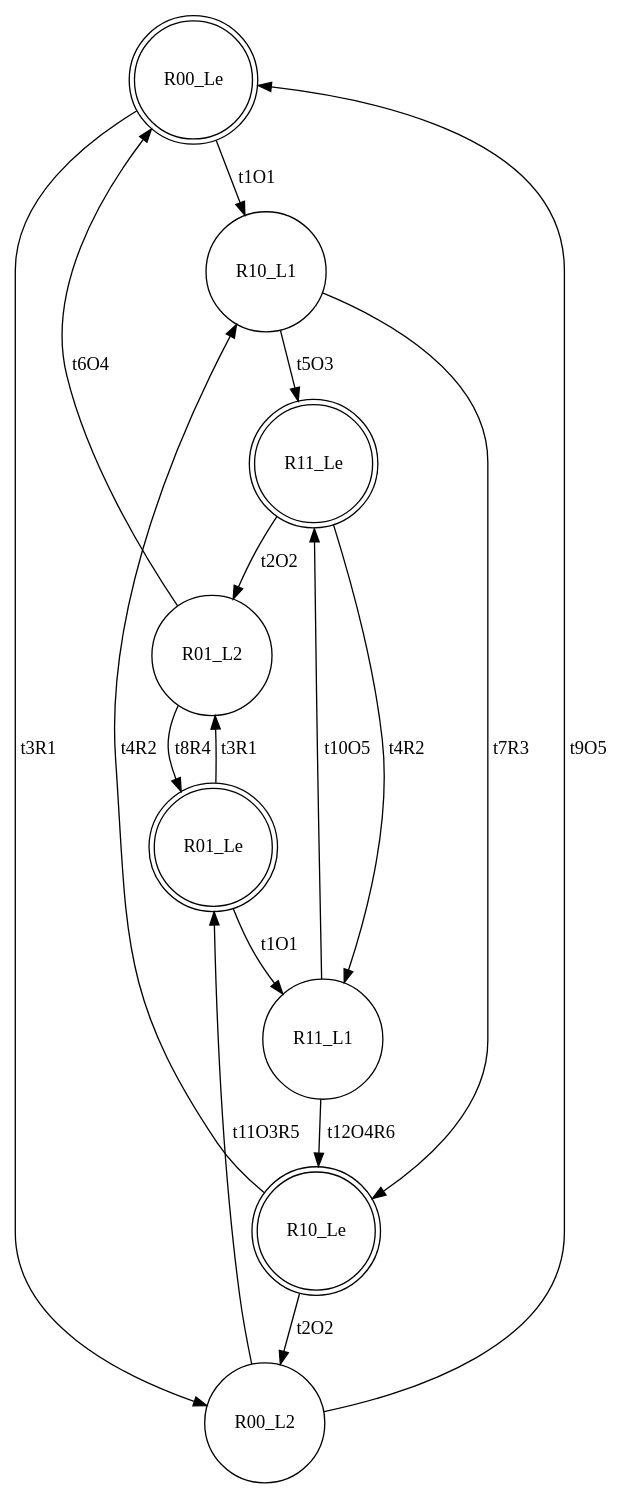
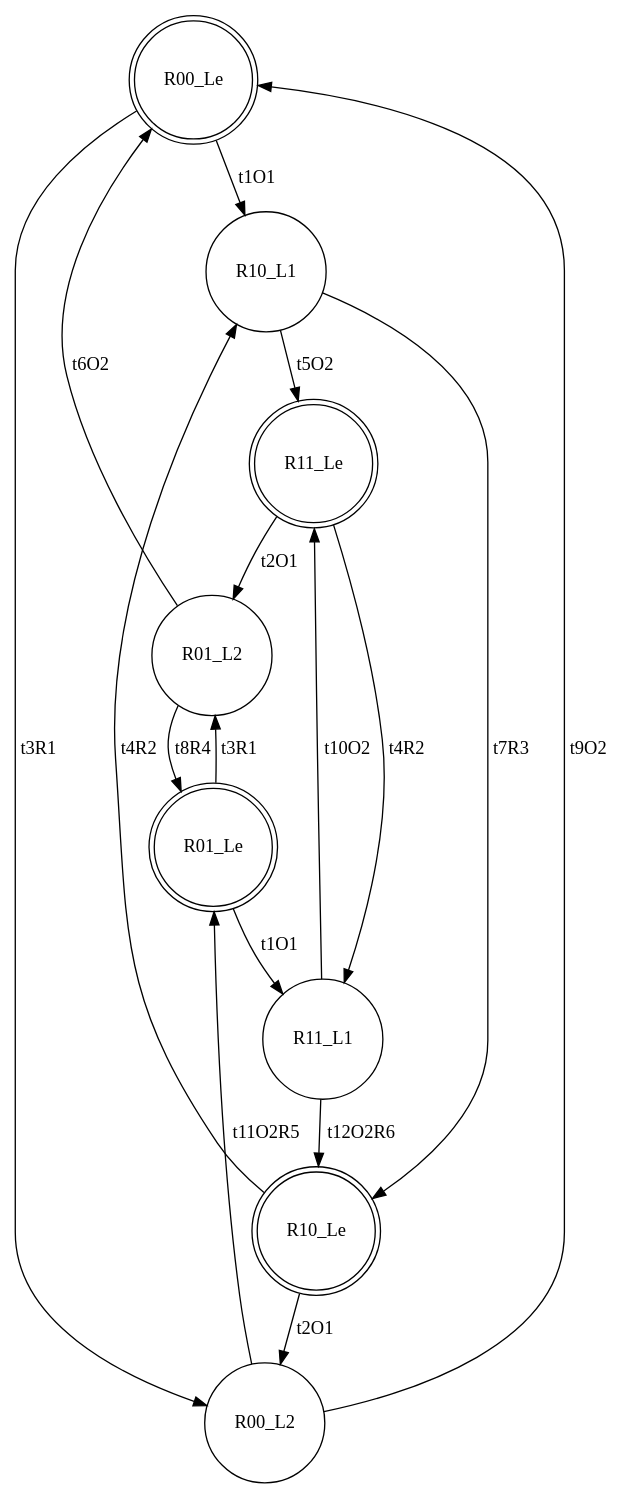
The diagram in input/s2_SC.dot (Stefano-BS/Explanatory-Diagnosis), drawn with Graphviz before and after one commit. The commit also changed 86 other files, not shown here.

```diff
--- a/input/s2_SC.dot
+++ b/input/s2_SC.dot
@@ -1,26 +1,26 @@
 digraph "SCinput/s2" {
 node [shape=doublecircle]; R00_Le ;
 node [shape=circle]; R10_L1 ;
 node [shape=doublecircle]; R11_Le ;
 node [shape=circle]; R01_L2 ;
 node [shape=doublecircle]; R01_Le ;
 node [shape=circle]; R11_L1 ;
 node [shape=doublecircle]; R10_Le ;
 node [shape=circle]; R00_L2 ;
 R00_Le -> R00_L2 [label=t3R1]
 R00_Le -> R10_L1 [label=t1O1]
 R10_L1 -> R10_Le [label=t7R3]
-R10_L1 -> R11_Le [label=t5O3]
+R10_L1 -> R11_Le [label=t5O2]
 R11_Le -> R11_L1 [label=t4R2]
-R11_Le -> R01_L2 [label=t2O2]
+R11_Le -> R01_L2 [label=t2O1]
 R01_L2 -> R01_Le [label=t8R4]
-R01_L2 -> R00_Le [label=t6O4]
+R01_L2 -> R00_Le [label=t6O2]
 R01_Le -> R01_L2 [label=t3R1]
 R01_Le -> R11_L1 [label=t1O1]
-R11_L1 -> R10_Le [label=t12O4R6]
-R11_L1 -> R11_Le [label=t10O5]
+R11_L1 -> R10_Le [label=t12O2R6]
+R11_L1 -> R11_Le [label=t10O2]
 R10_Le -> R10_L1 [label=t4R2]
-R10_Le -> R00_L2 [label=t2O2]
-R00_L2 -> R01_Le [label=t11O3R5]
-R00_L2 -> R00_Le [label=t9O5]
+R10_Le -> R00_L2 [label=t2O1]
+R00_L2 -> R01_Le [label=t11O2R5]
+R00_L2 -> R00_Le [label=t9O2]
 }
```
